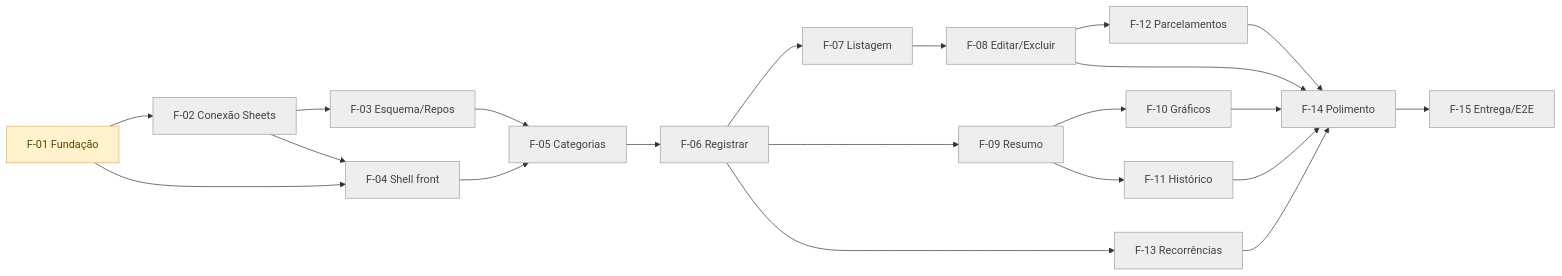
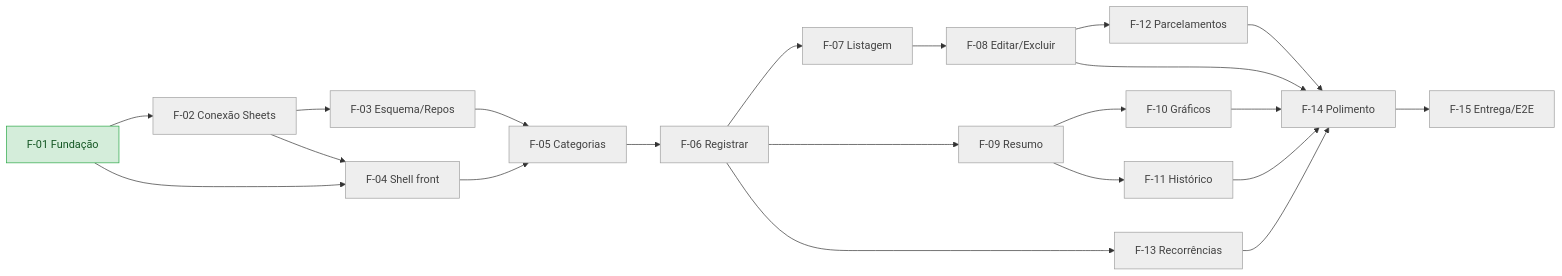
One commit to Pedrohcs/PlanilhaFinanceira changed the diagram in SPECS/05-acompanhamento.md. Above: the diagram before and after it, drawn with Mermaid. The commit also changed other lines of this file and 25 other files, not shown here.

````diff
--- a/SPECS/05-acompanhamento.md
+++ b/SPECS/05-acompanhamento.md
@@ -64,23 +64,23 @@
 ```mermaid
 flowchart LR
     F01[F-01 Fundação] --> F02[F-02 Conexão Sheets] --> F03[F-03 Esquema/Repos]
     F01 --> F04[F-04 Shell front]
     F02 --> F04
     F03 --> F05[F-05 Categorias]
     F04 --> F05
     F05 --> F06[F-06 Registrar]
     F06 --> F07[F-07 Listagem] --> F08[F-08 Editar/Excluir]
     F06 --> F09[F-09 Resumo]
     F09 --> F10[F-10 Gráficos]
     F09 --> F11[F-11 Histórico]
     F08 --> F12[F-12 Parcelamentos]
     F06 --> F13[F-13 Recorrências]
     F08 & F10 & F11 & F12 & F13 --> F14[F-14 Polimento]
     F14 --> F15[F-15 Entrega/E2E]
 
     classDef naoIniciada fill:#eeeeee,stroke:#9e9e9e,color:#424242;
     classDef iniciada fill:#fff3cd,stroke:#f0ad4e,color:#5c4400;
     classDef concluida fill:#d4edda,stroke:#28a745,color:#155724;
     class F02,F03,F04,F05,F06,F07,F08,F09,F10,F11,F12,F13,F14,F15 naoIniciada;
-    class F01 iniciada;
+    class F01 concluida;
 ```
````
